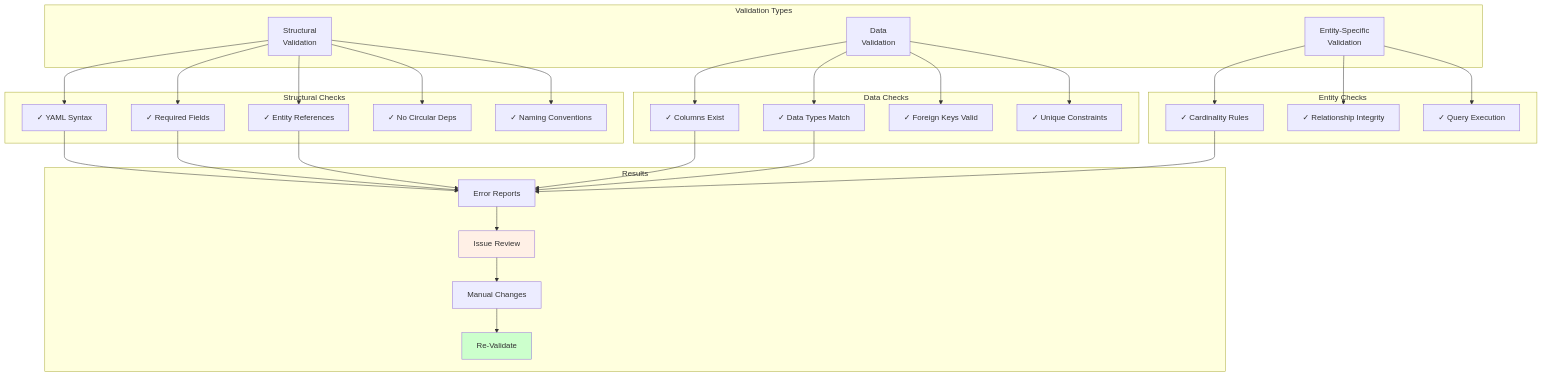
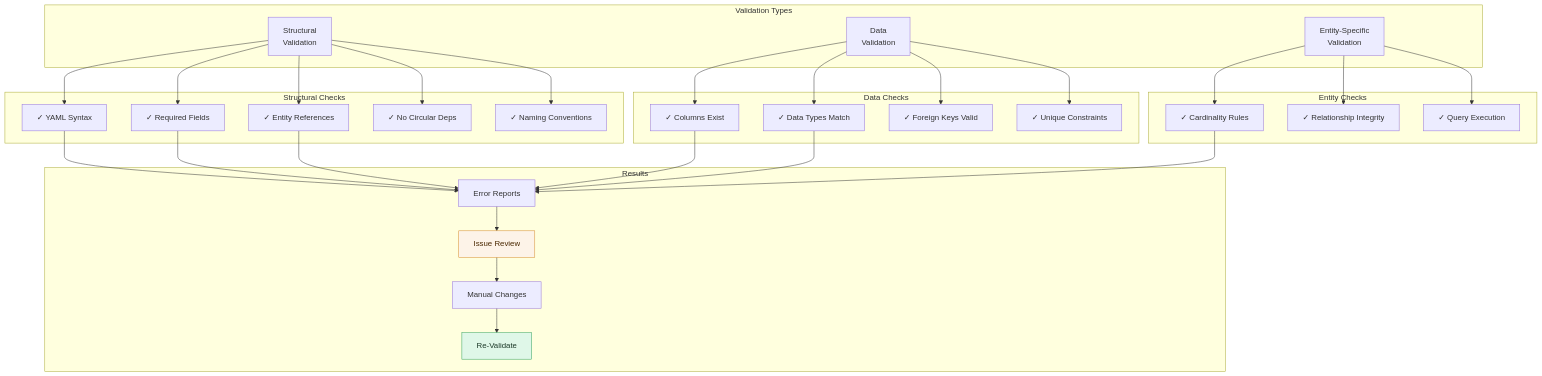
The eighth of 26 diagrams in docs/DIAGRAMS.md (humlab-sead/sead_shape_shifter), drawn with Mermaid before and after one commit. The commit also changed other lines of this file and 2 other files, not shown here.

````diff
--- a/docs/DIAGRAMS.md
+++ b/docs/DIAGRAMS.md
@@ -426,54 +428,57 @@
 ```mermaid
 flowchart TB
     subgraph "Validation Types"
         V1[Structural<br/>Validation]
         V2[Data<br/>Validation]
         V3[Entity-Specific<br/>Validation]
     end
     
     subgraph "Structural Checks"
         S1[✓ YAML Syntax]
         S2[✓ Required Fields]
         S3[✓ Entity References]
         S4[✓ No Circular Deps]
         S5[✓ Naming Conventions]
     end
     
     subgraph "Data Checks"
         D1[✓ Columns Exist]
         D2[✓ Data Types Match]
         D3[✓ Foreign Keys Valid]
         D4[✓ Unique Constraints]
     end
     
     subgraph "Entity Checks"
         E1[✓ Cardinality Rules]
         E2[✓ Relationship Integrity]
         E3[✓ Query Execution]
     end
     
     subgraph "Results"
         R1[Error Reports]
         R2[Issue Review]
         R3[Manual Changes]
         R4[Re-Validate]
     end
     
     V1 --> S1 & S2 & S3 & S4 & S5
     V2 --> D1 & D2 & D3 & D4
     V3 --> E1 & E2 & E3
     
     S1 --> R1
     S2 --> R1
     S3 --> R1
     D1 --> R1
     D2 --> R1
     E1 --> R1
     
     R1 --> R2
     R2 --> R3
     R3 --> R4
-    
-    style R2 fill:#fff0e6
-    style R4 fill:#ccffcc
+
+    classDef review fill:#fdf3e8,stroke:#d48a2a,color:#4a2800;
+    classDef success fill:#dff7e8,stroke:#2e9f5b,color:#1d3a29;
+
+    class R2 review;
+    class R4 success;
 ```
````
